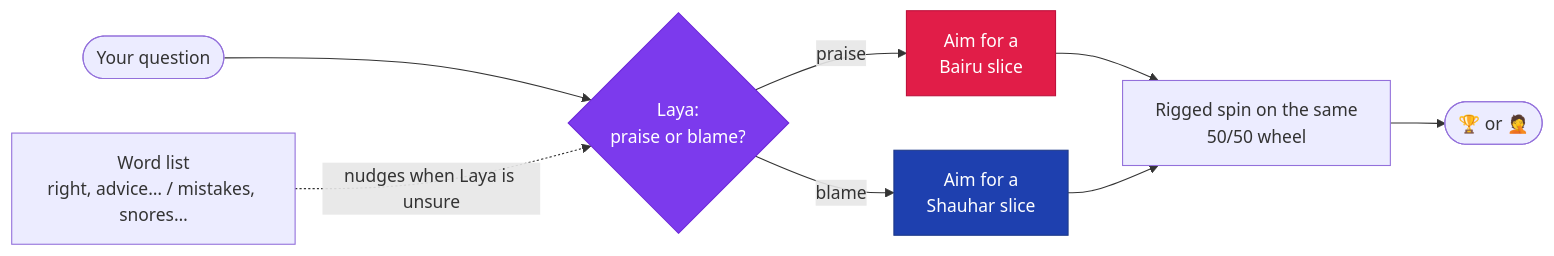
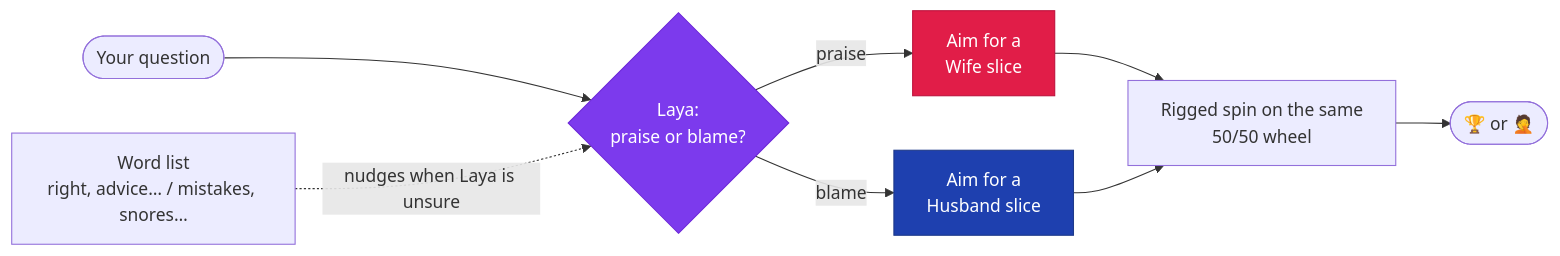
Before and after one commit to RehmanaliMomin/rigged-wheel: the diagram in README.md, drawn with Mermaid. The commit also changed other lines of this file and 8 other files, not shown here.

First line of the commit message:
Names back to Wife and Husband

````diff
--- a/README.md
+++ b/README.md
@@ -79,13 +79,13 @@
 ```mermaid
 flowchart LR
     Q([Your question]) --> L{Laya:<br/>praise or blame?}
     W[Word list<br/>right, advice… / mistakes, snores…] -. nudges when Laya is unsure .-> L
-    L -->|praise| G[Aim for a<br/>Bairu slice]
-    L -->|blame| B[Aim for a<br/>Shauhar slice]
+    L -->|praise| G[Aim for a<br/>Wife slice]
+    L -->|blame| B[Aim for a<br/>Husband slice]
     G --> S[Rigged spin on the same<br/>50/50 wheel]
     B --> S
     S --> R([🏆 or 🤦])
     style G fill:#e11d48,color:#fff,stroke:#be123c
     style B fill:#1e40af,color:#fff,stroke:#1e3a8a
     style L fill:#7c3aed,color:#fff,stroke:#6d28d9
 ```
````
